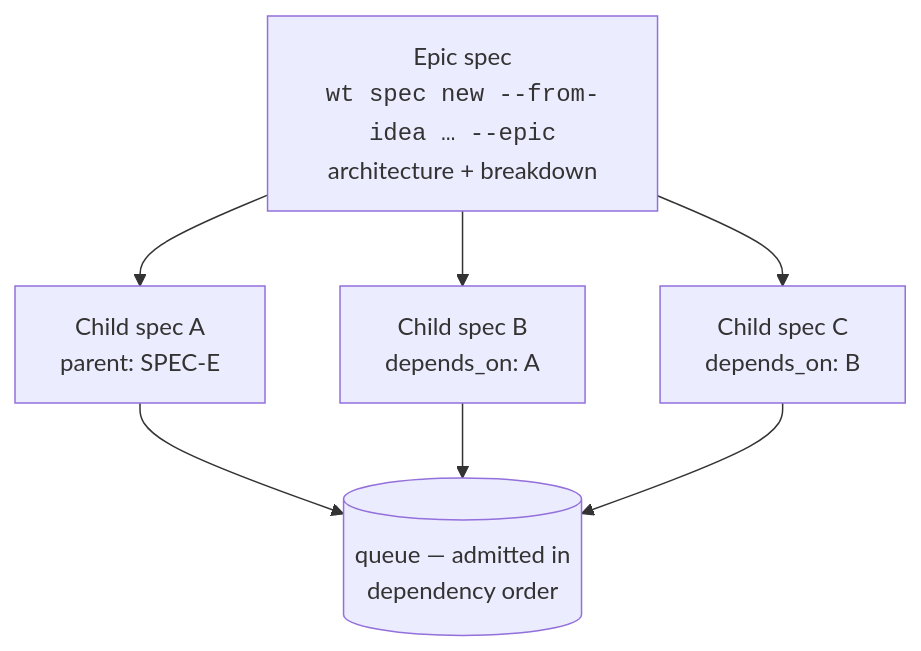
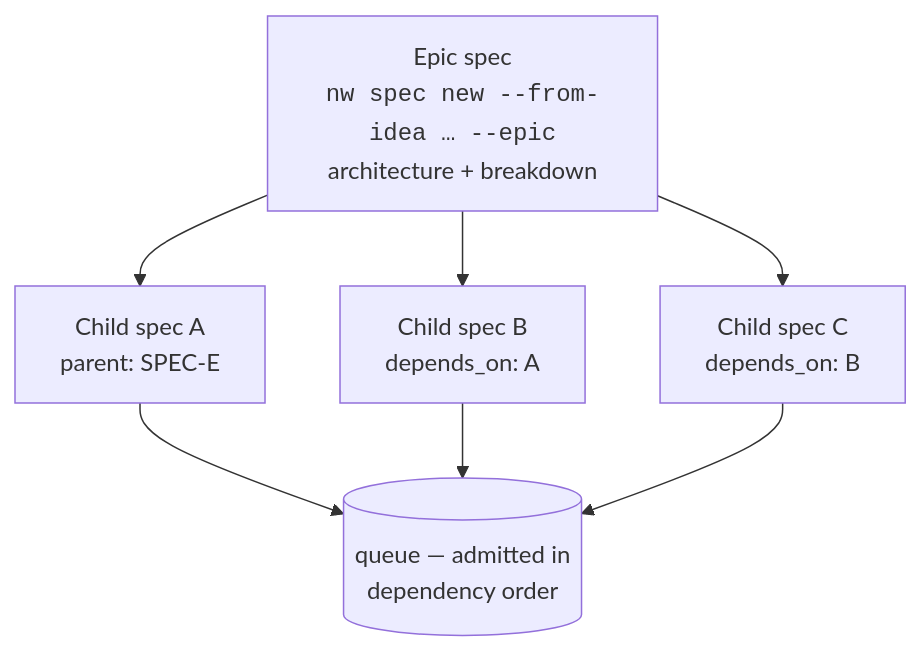
One commit to brunosmmm/nightwright changed the third of 3 diagrams in docs/product/ideas/spec.md. Above: the diagram before and after it, drawn with Mermaid. The commit also changed other lines of this file and 495 other files, not shown here.

````diff
--- a/docs/product/ideas/spec.md
+++ b/docs/product/ideas/spec.md
@@ -57,7 +57,7 @@
 ```mermaid
 flowchart TB
-    E["Epic spec<br/><code>wt spec new --from-idea … --epic</code><br/>architecture + breakdown"] --> C1["Child spec A<br/>parent: SPEC-E"]
+    E["Epic spec<br/><code>nw spec new --from-idea … --epic</code><br/>architecture + breakdown"] --> C1["Child spec A<br/>parent: SPEC-E"]
     E --> C2["Child spec B<br/>depends_on: A"]
     E --> C3["Child spec C<br/>depends_on: B"]
     C1 & C2 & C3 --> Q[("queue — admitted in<br/>dependency order")]
 ```
````
